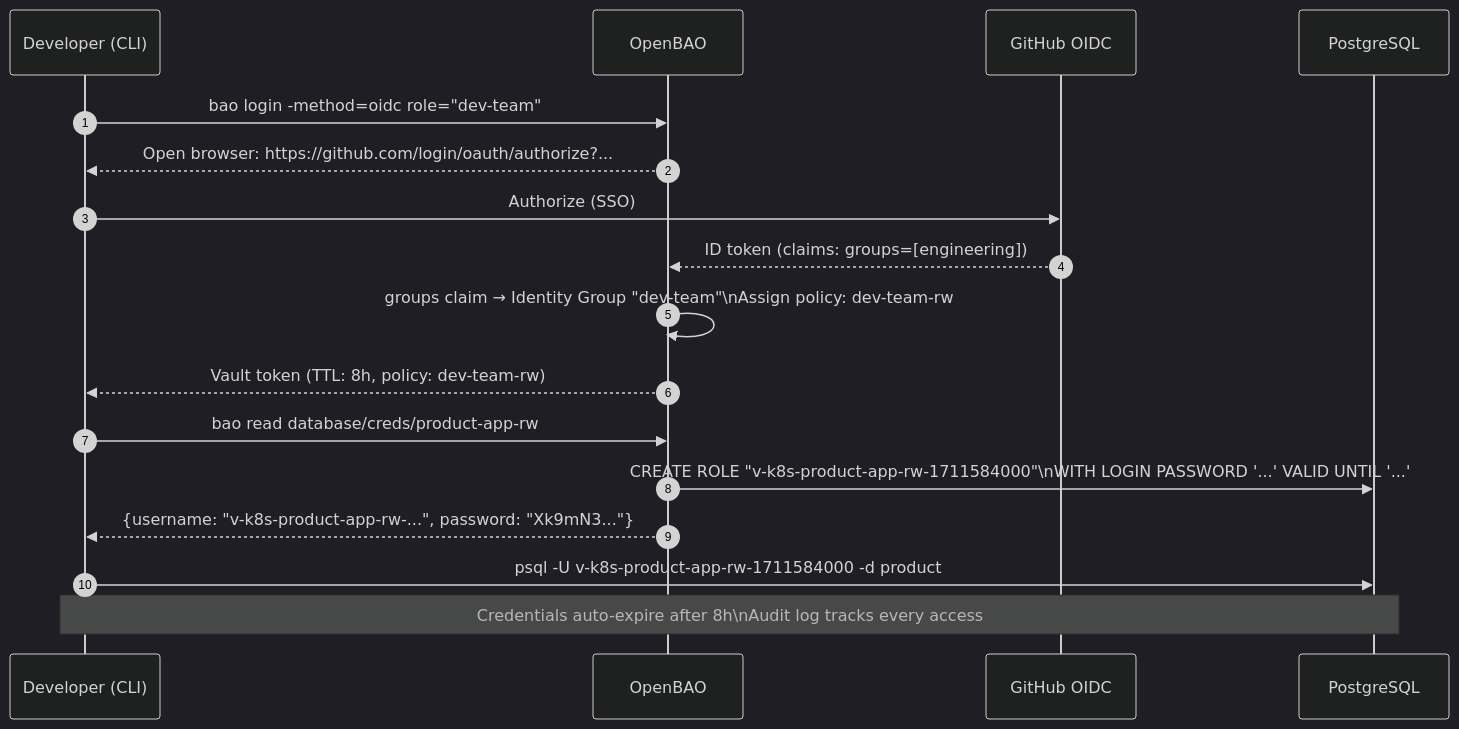
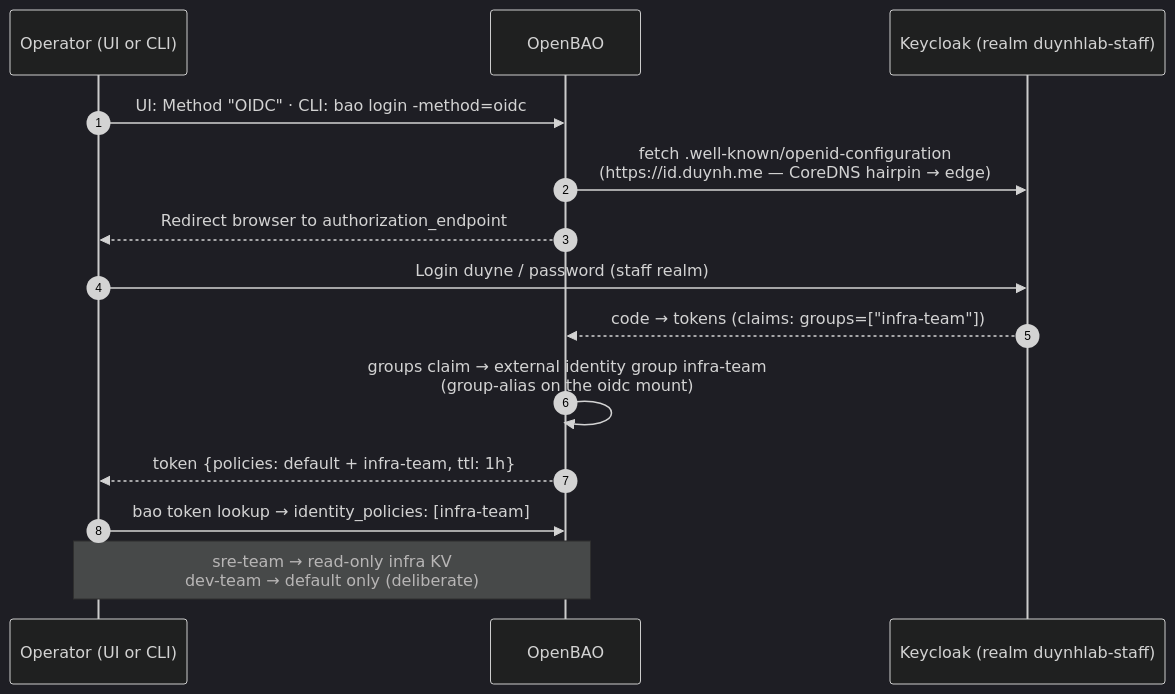
The seventh of 19 diagrams in docs/secrets/openbao.md (duynhlab/homelab), drawn with Mermaid (dark theme) before and after one commit. The commit also changed other lines of this file and 4 other files, not shown here.

````diff
--- a/docs/secrets/openbao.md
+++ b/docs/secrets/openbao.md
@@ -328,20 +340,17 @@
 ```mermaid
 sequenceDiagram
     autonumber
-    participant Dev as Developer (CLI)
+    participant Op as Operator (UI or CLI)
     participant BAO as OpenBAO
-    participant GitHub as GitHub OIDC
-    participant PG as PostgreSQL
+    participant KC as Keycloak (realm duynhlab-staff)
 
-    Dev->>BAO: bao login -method=oidc role="dev-team"
-    BAO-->>Dev: Open browser: https://github.com/login/oauth/authorize?...
-    Dev->>GitHub: Authorize (SSO)
-    GitHub-->>BAO: ID token (claims: groups=[engineering])
-    BAO->>BAO: groups claim → Identity Group "dev-team"\nAssign policy: dev-team-rw
-    BAO-->>Dev: Vault token (TTL: 8h, policy: dev-team-rw)
-    Dev->>BAO: bao read database/creds/product-app-rw
-    BAO->>PG: CREATE ROLE "v-k8s-product-app-rw-1711584000"\nWITH LOGIN PASSWORD '...' VALID UNTIL '...'
-    BAO-->>Dev: {username: "v-k8s-product-app-rw-...", password: "Xk9mN3..."}
-    Dev->>PG: psql -U v-k8s-product-app-rw-1711584000 -d product
-    note over Dev,PG: Credentials auto-expire after 8h\nAudit log tracks every access
+    Op->>BAO: UI: Method "OIDC" · CLI: bao login -method=oidc
+    BAO->>KC: fetch .well-known/openid-configuration<br/>(https://id.duynh.me — CoreDNS hairpin → edge)
+    BAO-->>Op: Redirect browser to authorization_endpoint
+    Op->>KC: Login duyne / password (staff realm)
+    KC-->>BAO: code → tokens (claims: groups=["infra-team"])
+    BAO->>BAO: groups claim → external identity group infra-team<br/>(group-alias on the oidc mount)
+    BAO-->>Op: token {policies: default + infra-team, ttl: 1h}
+    Op->>BAO: bao token lookup → identity_policies: [infra-team]
+    note over Op,BAO: sre-team → read-only infra KV<br/>dev-team → default only (deliberate)
 ```
````
